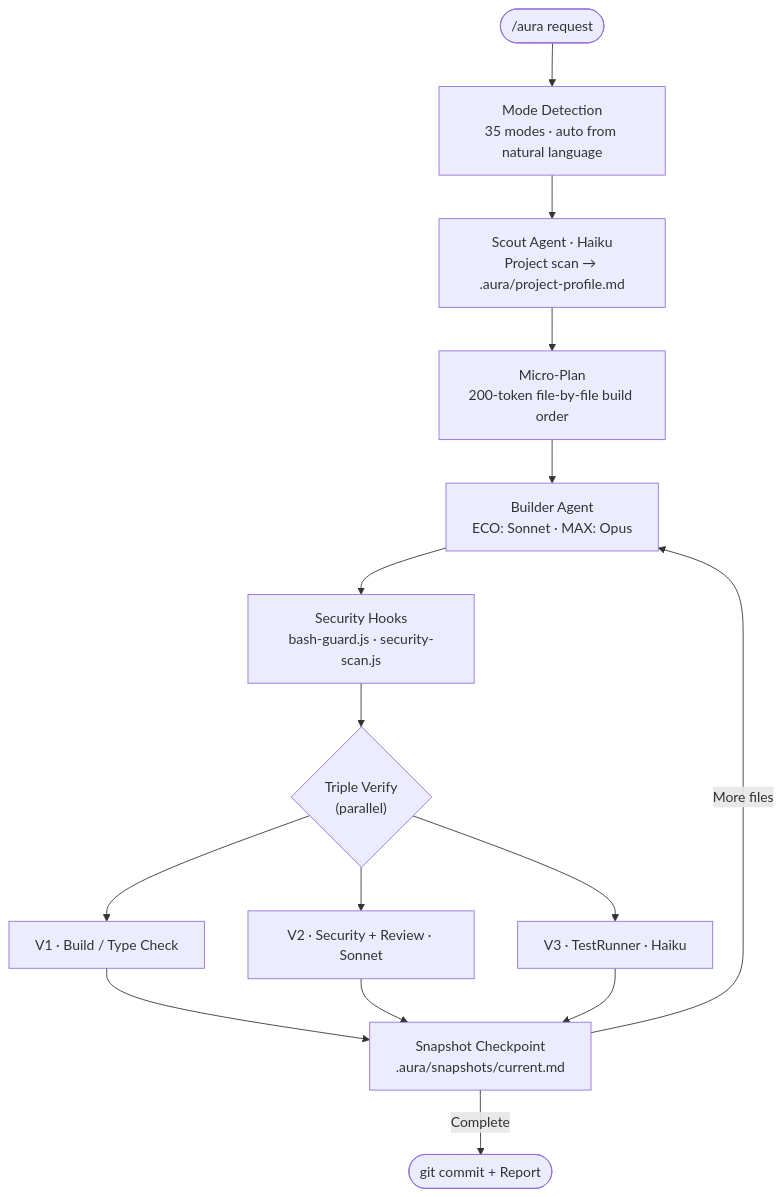
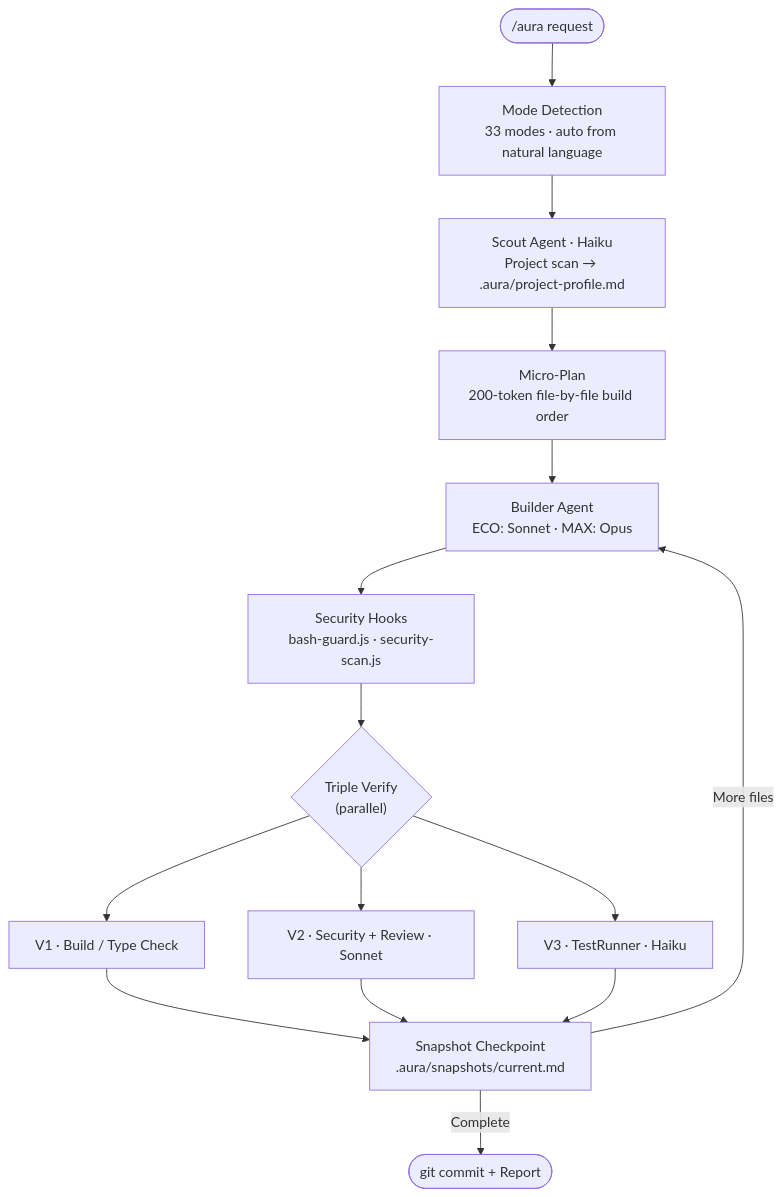
One commit to smorky850612/Aurakit changed the diagram in README.md. Above: the diagram before and after it, drawn with Mermaid. The commit also changed other lines of this file, not shown here.

````diff
--- a/README.md
+++ b/README.md
@@ -211,17 +211,17 @@
 ```mermaid
 flowchart TD
-    A(["/aura request"]) --> B["Mode Detection\n35 modes · auto from natural language"]
+    A(["/aura request"]) --> B["Mode Detection\n33 modes · auto from natural language"]
     B --> C["Scout Agent · Haiku\nProject scan → .aura/project-profile.md"]
     C --> D["Micro-Plan\n200-token file-by-file build order"]
     D --> E["Builder Agent\nECO: Sonnet  ·  MAX: Opus"]
     E --> F["Security Hooks\nbash-guard.js · security-scan.js"]
     F --> G{"Triple Verify\n(parallel)"}
     G --> H["V1 · Build / Type Check"]
     G --> I["V2 · Security + Review · Sonnet"]
     G --> J["V3 · TestRunner · Haiku"]
     H --> K["Snapshot Checkpoint\n.aura/snapshots/current.md"]
     I --> K
     J --> K
     K --> |"More files"| E
     K --> |"Complete"| L(["git commit + Report"])
 ```
````
